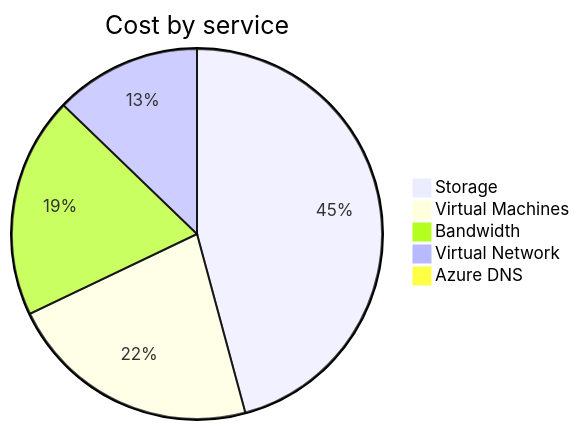
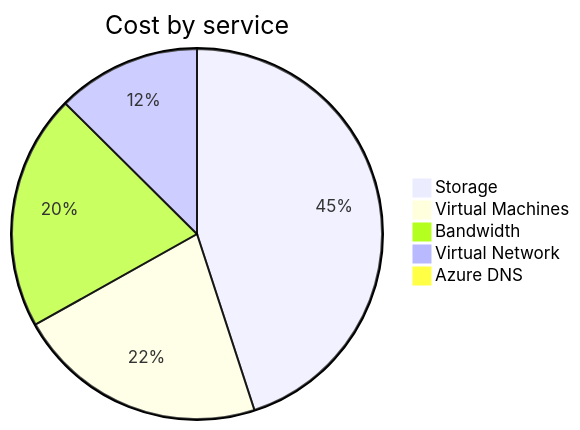
One commit to jpfulton/azure-personal-reports changed the second of 4 diagrams in cost-reports/personal-network/README.md. Above: the diagram before and after it, drawn with Mermaid. The commit also changed other lines of this file and 8 other files, not shown here.

````diff
--- a/cost-reports/personal-network/README.md
+++ b/cost-reports/personal-network/README.md
@@ -99,9 +99,9 @@
 ```mermaid
 pie
    title Cost by service
-   "Storage" : 17.98
-   "Virtual Machines" : 8.68
-   "Bandwidth" : 7.58
-   "Virtual Network" : 5.02
-   "Azure DNS" : 0.34
+   "Storage" : 18.87
+   "Virtual Machines" : 9.18
+   "Bandwidth" : 8.63
+   "Virtual Network" : 5.27
+   "Azure DNS" : 0.35
 ```
````
